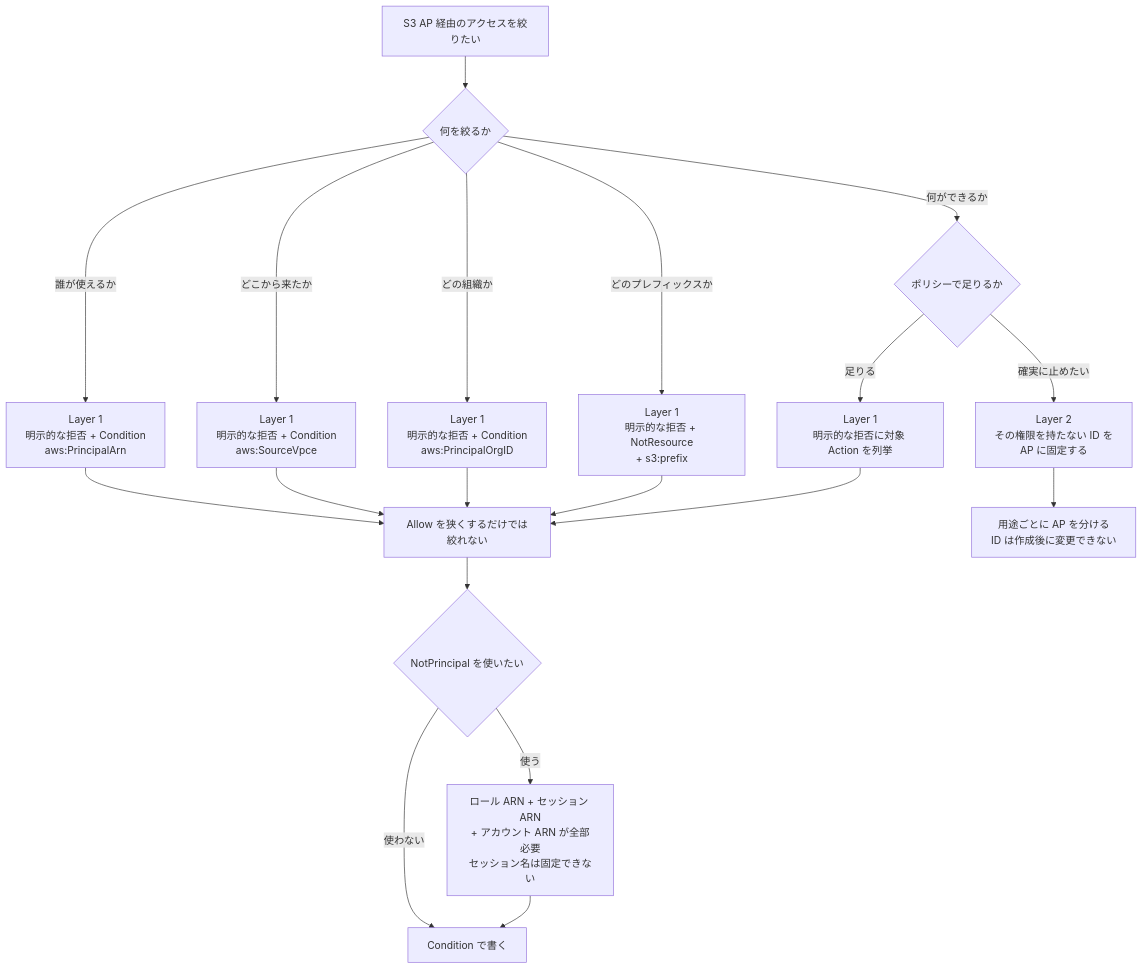
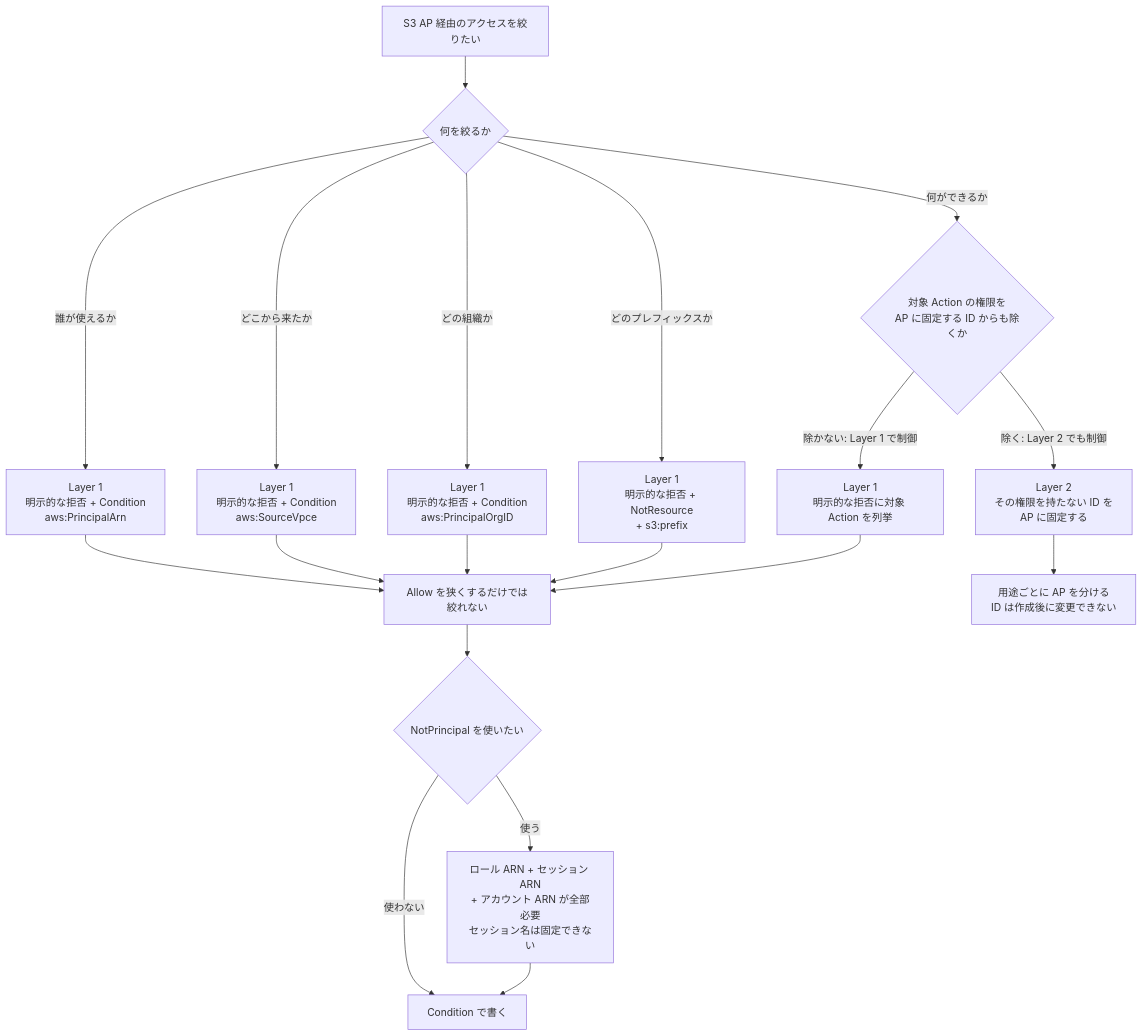
One commit to Yoshiki0705/FSx-for-ONTAP-Adoption-Playbook changed the diagram in docs/ja/domains/security-governance/notes/access-point-authorization-layers.md. Above: the diagram before and after it, drawn with Mermaid. The commit also changed other lines of this file and 257 other files, not shown here.

````diff
--- a/docs/ja/domains/security-governance/notes/access-point-authorization-layers.md
+++ b/docs/ja/domains/security-governance/notes/access-point-authorization-layers.md
@@ -741,25 +762,25 @@
 ```mermaid
 graph TD
     A[S3 AP 経由のアクセスを絞りたい] --> Q1{何を絞るか}
 
     Q1 -->|誰が使えるか| WHO[Layer 1<br/>明示的な拒否 + Condition<br/>aws:PrincipalArn]
     Q1 -->|どこから来たか| WHERE[Layer 1<br/>明示的な拒否 + Condition<br/>aws:SourceVpce]
     Q1 -->|どの組織か| ORG[Layer 1<br/>明示的な拒否 + Condition<br/>aws:PrincipalOrgID]
     Q1 -->|どのプレフィックスか| PFX[Layer 1<br/>明示的な拒否 + NotResource<br/>+ s3:prefix]
-    Q1 -->|何ができるか| WHAT{ポリシーで足りるか}
+    Q1 -->|何ができるか| WHAT{対象 Action の権限を<br/>AP に固定する ID からも除くか}
 
-    WHAT -->|足りる| ACT[Layer 1<br/>明示的な拒否に対象 Action を列挙]
-    WHAT -->|確実に止めたい| ID[Layer 2<br/>その権限を持たない ID を<br/>AP に固定する]
+    WHAT -->|除かない: Layer 1 で制御| ACT[Layer 1<br/>明示的な拒否に対象 Action を列挙]
+    WHAT -->|除く: Layer 2 でも制御| ID[Layer 2<br/>その権限を持たない ID を<br/>AP に固定する]
 
     WHO --> CHK[Allow を狭くするだけでは絞れない]
     WHERE --> CHK
     ORG --> CHK
     PFX --> CHK
     ACT --> CHK
     ID --> NEWAP[用途ごとに AP を分ける<br/>ID は作成後に変更できない]
 
     CHK --> NP{NotPrincipal を使いたい}
     NP -->|使う| WARN["ロール ARN + セッション ARN<br/>+ アカウント ARN が全部必要<br/>セッション名は固定できない"]
     NP -->|使わない| OK[Condition で書く]
     WARN --> OK
 ```
````
